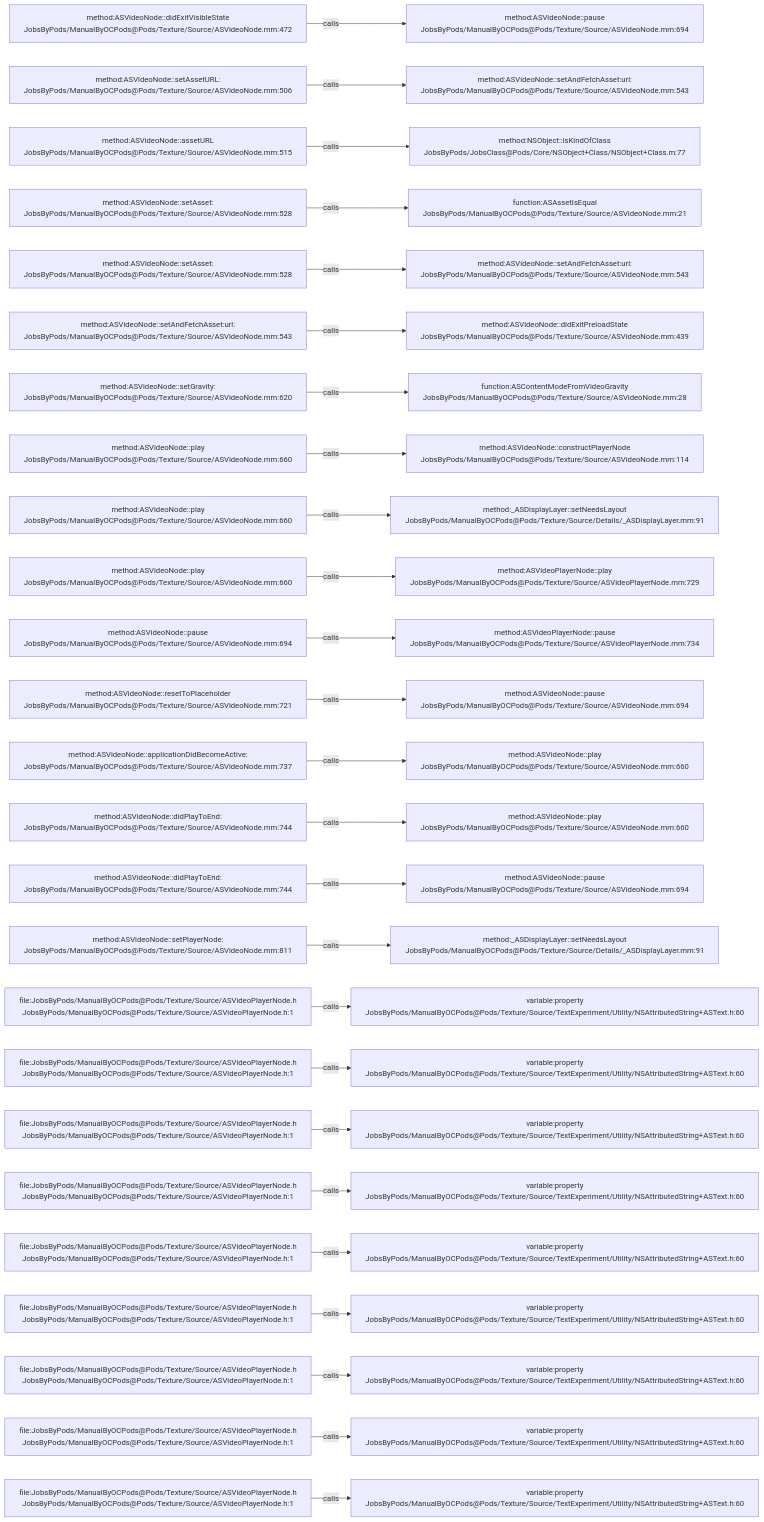
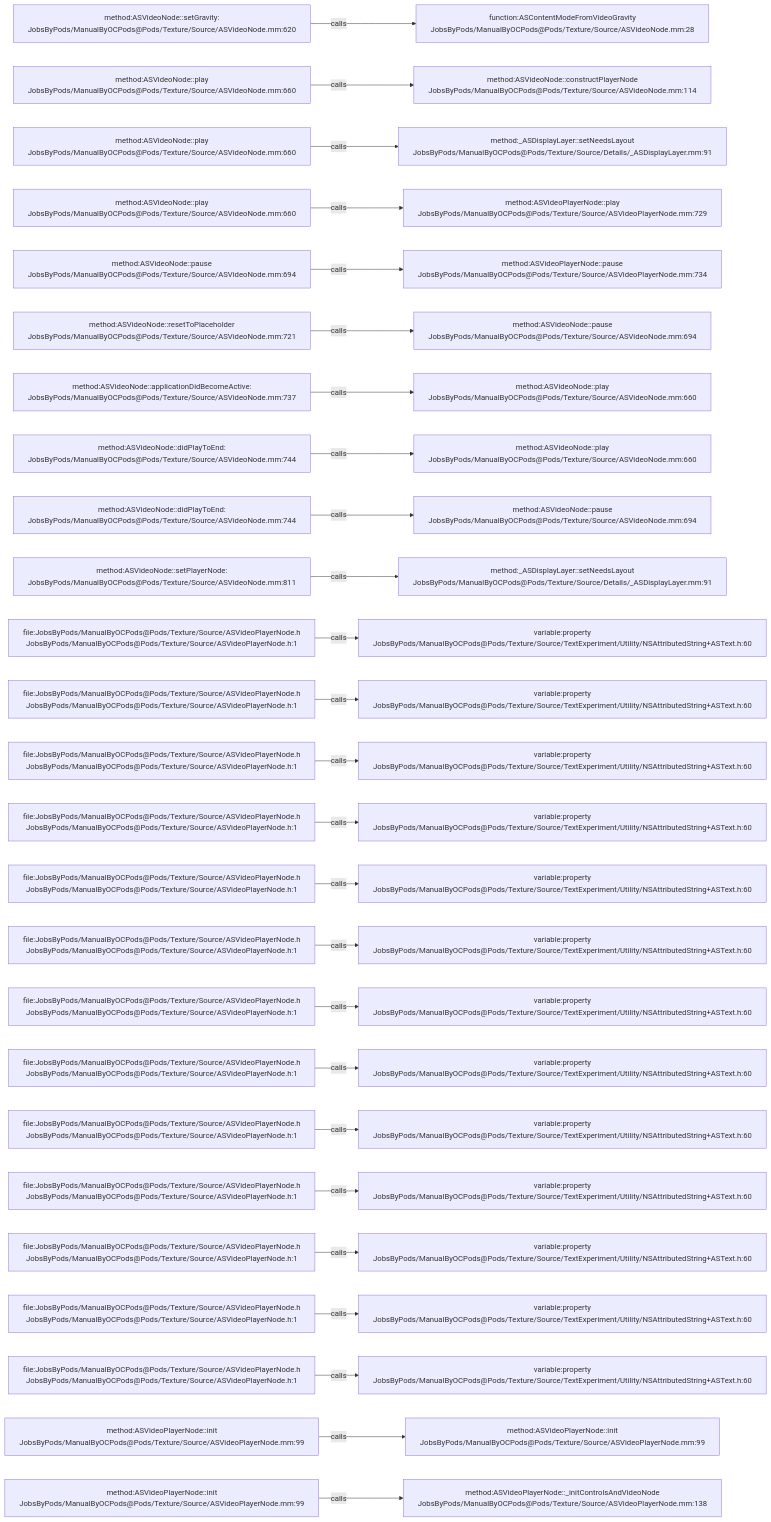
One commit to JobsKits/JobsOCBaseConfigDemo changed the diagram in .codegraph/codegraph.md/graphs/calls-136.md. Above: the diagram before and after it, drawn with Mermaid. The commit also changed 666 other files, not shown here.

````diff
--- a/.codegraph/codegraph.md/graphs/calls-136.md
+++ b/.codegraph/codegraph.md/graphs/calls-136.md
@@ -13,78 +13,78 @@
 ```mermaid
 flowchart LR
-  S1["method:ASVideoNode::didExitVisibleState<br/>JobsByPods/ManualByOCPods@Pods/Texture/Source/ASVideoNode.mm:472"]
-  T1["method:ASVideoNode::pause<br/>JobsByPods/ManualByOCPods@Pods/Texture/Source/ASVideoNode.mm:694"]
+  S1["method:ASVideoNode::setGravity:<br/>JobsByPods/ManualByOCPods@Pods/Texture/Source/ASVideoNode.mm:620"]
+  T1["function:ASContentModeFromVideoGravity<br/>JobsByPods/ManualByOCPods@Pods/Texture/Source/ASVideoNode.mm:28"]
   S1 -->|calls| T1
-  S2["method:ASVideoNode::setAssetURL:<br/>JobsByPods/ManualByOCPods@Pods/Texture/Source/ASVideoNode.mm:506"]
-  T2["method:ASVideoNode::setAndFetchAsset:url:<br/>JobsByPods/ManualByOCPods@Pods/Texture/Source/ASVideoNode.mm:543"]
+  S2["method:ASVideoNode::play<br/>JobsByPods/ManualByOCPods@Pods/Texture/Source/ASVideoNode.mm:660"]
+  T2["method:ASVideoNode::constructPlayerNode<br/>JobsByPods/ManualByOCPods@Pods/Texture/Source/ASVideoNode.mm:114"]
   S2 -->|calls| T2
-  S3["method:ASVideoNode::assetURL<br/>JobsByPods/ManualByOCPods@Pods/Texture/Source/ASVideoNode.mm:515"]
-  T3["method:NSObject::isKindOfClass<br/>JobsByPods/JobsClass@Pods/Core/NSObject+Class/NSObject+Class.m:77"]
+  S3["method:ASVideoNode::play<br/>JobsByPods/ManualByOCPods@Pods/Texture/Source/ASVideoNode.mm:660"]
+  T3["method:_ASDisplayLayer::setNeedsLayout<br/>JobsByPods/ManualByOCPods@Pods/Texture/Source/Details/_ASDisplayLayer.mm:91"]
   S3 -->|calls| T3
-  S4["method:ASVideoNode::setAsset:<br/>JobsByPods/ManualByOCPods@Pods/Texture/Source/ASVideoNode.mm:528"]
-  T4["function:ASAssetIsEqual<br/>JobsByPods/ManualByOCPods@Pods/Texture/Source/ASVideoNode.mm:21"]
+  S4["method:ASVideoNode::play<br/>JobsByPods/ManualByOCPods@Pods/Texture/Source/ASVideoNode.mm:660"]
+  T4["method:ASVideoPlayerNode::play<br/>JobsByPods/ManualByOCPods@Pods/Texture/Source/ASVideoPlayerNode.mm:729"]
   S4 -->|calls| T4
-  S5["method:ASVideoNode::setAsset:<br/>JobsByPods/ManualByOCPods@Pods/Texture/Source/ASVideoNode.mm:528"]
-  T5["method:ASVideoNode::setAndFetchAsset:url:<br/>JobsByPods/ManualByOCPods@Pods/Texture/Source/ASVideoNode.mm:543"]
+  S5["method:ASVideoNode::pause<br/>JobsByPods/ManualByOCPods@Pods/Texture/Source/ASVideoNode.mm:694"]
+  T5["method:ASVideoPlayerNode::pause<br/>JobsByPods/ManualByOCPods@Pods/Texture/Source/ASVideoPlayerNode.mm:734"]
   S5 -->|calls| T5
-  S6["method:ASVideoNode::setAndFetchAsset:url:<br/>JobsByPods/ManualByOCPods@Pods/Texture/Source/ASVideoNode.mm:543"]
-  T6["method:ASVideoNode::didExitPreloadState<br/>JobsByPods/ManualByOCPods@Pods/Texture/Source/ASVideoNode.mm:439"]
+  S6["method:ASVideoNode::resetToPlaceholder<br/>JobsByPods/ManualByOCPods@Pods/Texture/Source/ASVideoNode.mm:721"]
+  T6["method:ASVideoNode::pause<br/>JobsByPods/ManualByOCPods@Pods/Texture/Source/ASVideoNode.mm:694"]
   S6 -->|calls| T6
-  S7["method:ASVideoNode::setGravity:<br/>JobsByPods/ManualByOCPods@Pods/Texture/Source/ASVideoNode.mm:620"]
-  T7["function:ASContentModeFromVideoGravity<br/>JobsByPods/ManualByOCPods@Pods/Texture/Source/ASVideoNode.mm:28"]
+  S7["method:ASVideoNode::applicationDidBecomeActive:<br/>JobsByPods/ManualByOCPods@Pods/Texture/Source/ASVideoNode.mm:737"]
+  T7["method:ASVideoNode::play<br/>JobsByPods/ManualByOCPods@Pods/Texture/Source/ASVideoNode.mm:660"]
   S7 -->|calls| T7
-  S8["method:ASVideoNode::play<br/>JobsByPods/ManualByOCPods@Pods/Texture/Source/ASVideoNode.mm:660"]
-  T8["method:ASVideoNode::constructPlayerNode<br/>JobsByPods/ManualByOCPods@Pods/Texture/Source/ASVideoNode.mm:114"]
+  S8["method:ASVideoNode::didPlayToEnd:<br/>JobsByPods/ManualByOCPods@Pods/Texture/Source/ASVideoNode.mm:744"]
+  T8["method:ASVideoNode::play<br/>JobsByPods/ManualByOCPods@Pods/Texture/Source/ASVideoNode.mm:660"]
   S8 -->|calls| T8
-  S9["method:ASVideoNode::play<br/>JobsByPods/ManualByOCPods@Pods/Texture/Source/ASVideoNode.mm:660"]
-  T9["method:_ASDisplayLayer::setNeedsLayout<br/>JobsByPods/ManualByOCPods@Pods/Texture/Source/Details/_ASDisplayLayer.mm:91"]
+  S9["method:ASVideoNode::didPlayToEnd:<br/>JobsByPods/ManualByOCPods@Pods/Texture/Source/ASVideoNode.mm:744"]
+  T9["method:ASVideoNode::pause<br/>JobsByPods/ManualByOCPods@Pods/Texture/Source/ASVideoNode.mm:694"]
   S9 -->|calls| T9
-  S10["method:ASVideoNode::play<br/>JobsByPods/ManualByOCPods@Pods/Texture/Source/ASVideoNode.mm:660"]
-  T10["method:ASVideoPlayerNode::play<br/>JobsByPods/ManualByOCPods@Pods/Texture/Source/ASVideoPlayerNode.mm:729"]
+  S10["method:ASVideoNode::setPlayerNode:<br/>JobsByPods/ManualByOCPods@Pods/Texture/Source/ASVideoNode.mm:811"]
+  T10["method:_ASDisplayLayer::setNeedsLayout<br/>JobsByPods/ManualByOCPods@Pods/Texture/Source/Details/_ASDisplayLayer.mm:91"]
   S10 -->|calls| T10
-  S11["method:ASVideoNode::pause<br/>JobsByPods/ManualByOCPods@Pods/Texture/Source/ASVideoNode.mm:694"]
-  T11["method:ASVideoPlayerNode::pause<br/>JobsByPods/ManualByOCPods@Pods/Texture/Source/ASVideoPlayerNode.mm:734"]
+  S11["file:JobsByPods/ManualByOCPods@Pods/Texture/Source/ASVideoPlayerNode.h<br/>JobsByPods/ManualByOCPods@Pods/Texture/Source/ASVideoPlayerNode.h:1"]
+  T11["variable:property<br/>JobsByPods/ManualByOCPods@Pods/Texture/Source/TextExperiment/Utility/NSAttributedString+ASText.h:60"]
   S11 -->|calls| T11
-  S12["method:ASVideoNode::resetToPlaceholder<br/>JobsByPods/ManualByOCPods@Pods/Texture/Source/ASVideoNode.mm:721"]
-  T12["method:ASVideoNode::pause<br/>JobsByPods/ManualByOCPods@Pods/Texture/Source/ASVideoNode.mm:694"]
+  S12["file:JobsByPods/ManualByOCPods@Pods/Texture/Source/ASVideoPlayerNode.h<br/>JobsByPods/ManualByOCPods@Pods/Texture/Source/ASVideoPlayerNode.h:1"]
+  T12["variable:property<br/>JobsByPods/ManualByOCPods@Pods/Texture/Source/TextExperiment/Utility/NSAttributedString+ASText.h:60"]
   S12 -->|calls| T12
-  S13["method:ASVideoNode::applicationDidBecomeActive:<br/>JobsByPods/ManualByOCPods@Pods/Texture/Source/ASVideoNode.mm:737"]
-  T13["method:ASVideoNode::play<br/>JobsByPods/ManualByOCPods@Pods/Texture/Source/ASVideoNode.mm:660"]
+  S13["file:JobsByPods/ManualByOCPods@Pods/Texture/Source/ASVideoPlayerNode.h<br/>JobsByPods/ManualByOCPods@Pods/Texture/Source/ASVideoPlayerNode.h:1"]
+  T13["variable:property<br/>JobsByPods/ManualByOCPods@Pods/Texture/Source/TextExperiment/Utility/NSAttributedString+ASText.h:60"]
   S13 -->|calls| T13
-  S14["method:ASVideoNode::didPlayToEnd:<br/>JobsByPods/ManualByOCPods@Pods/Texture/Source/ASVideoNode.mm:744"]
-  T14["method:ASVideoNode::play<br/>JobsByPods/ManualByOCPods@Pods/Texture/Source/ASVideoNode.mm:660"]
+  S14["file:JobsByPods/ManualByOCPods@Pods/Texture/Source/ASVideoPlayerNode.h<br/>JobsByPods/ManualByOCPods@Pods/Texture/Source/ASVideoPlayerNode.h:1"]
+  T14["variable:property<br/>JobsByPods/ManualByOCPods@Pods/Texture/Source/TextExperiment/Utility/NSAttributedString+ASText.h:60"]
   S14 -->|calls| T14
-  S15["method:ASVideoNode::didPlayToEnd:<br/>JobsByPods/ManualByOCPods@Pods/Texture/Source/ASVideoNode.mm:744"]
-  T15["method:ASVideoNode::pause<br/>JobsByPods/ManualByOCPods@Pods/Texture/Source/ASVideoNode.mm:694"]
+  S15["file:JobsByPods/ManualByOCPods@Pods/Texture/Source/ASVideoPlayerNode.h<br/>JobsByPods/ManualByOCPods@Pods/Texture/Source/ASVideoPlayerNode.h:1"]
+  T15["variable:property<br/>JobsByPods/ManualByOCPods@Pods/Texture/Source/TextExperiment/Utility/NSAttributedString+ASText.h:60"]
   S15 -->|calls| T15
-  S16["method:ASVideoNode::setPlayerNode:<br/>JobsByPods/ManualByOCPods@Pods/Texture/Source/ASVideoNode.mm:811"]
-  T16["method:_ASDisplayLayer::setNeedsLayout<br/>JobsByPods/ManualByOCPods@Pods/Texture/Source/Details/_ASDisplayLayer.mm:91"]
+  S16["file:JobsByPods/ManualByOCPods@Pods/Texture/Source/ASVideoPlayerNode.h<br/>JobsByPods/ManualByOCPods@Pods/Texture/Source/ASVideoPlayerNode.h:1"]
+  T16["variable:property<br/>JobsByPods/ManualByOCPods@Pods/Texture/Source/TextExperiment/Utility/NSAttributedString+ASText.h:60"]
   S16 -->|calls| T16
   S17["file:JobsByPods/ManualByOCPods@Pods/Texture/Source/ASVideoPlayerNode.h<br/>JobsByPods/ManualByOCPods@Pods/Texture/Source/ASVideoPlayerNode.h:1"]
   T17["variable:property<br/>JobsByPods/ManualByOCPods@Pods/Texture/Source/TextExperiment/Utility/NSAttributedString+ASText.h:60"]
   S17 -->|calls| T17
   S18["file:JobsByPods/ManualByOCPods@Pods/Texture/Source/ASVideoPlayerNode.h<br/>JobsByPods/ManualByOCPods@Pods/Texture/Source/ASVideoPlayerNode.h:1"]
   T18["variable:property<br/>JobsByPods/ManualByOCPods@Pods/Texture/Source/TextExperiment/Utility/NSAttributedString+ASText.h:60"]
   S18 -->|calls| T18
   S19["file:JobsByPods/ManualByOCPods@Pods/Texture/Source/ASVideoPlayerNode.h<br/>JobsByPods/ManualByOCPods@Pods/Texture/Source/ASVideoPlayerNode.h:1"]
   T19["variable:property<br/>JobsByPods/ManualByOCPods@Pods/Texture/Source/TextExperiment/Utility/NSAttributedString+ASText.h:60"]
   S19 -->|calls| T19
   S20["file:JobsByPods/ManualByOCPods@Pods/Texture/Source/ASVideoPlayerNode.h<br/>JobsByPods/ManualByOCPods@Pods/Texture/Source/ASVideoPlayerNode.h:1"]
   T20["variable:property<br/>JobsByPods/ManualByOCPods@Pods/Texture/Source/TextExperiment/Utility/NSAttributedString+ASText.h:60"]
   S20 -->|calls| T20
   S21["file:JobsByPods/ManualByOCPods@Pods/Texture/Source/ASVideoPlayerNode.h<br/>JobsByPods/ManualByOCPods@Pods/Texture/Source/ASVideoPlayerNode.h:1"]
   T21["variable:property<br/>JobsByPods/ManualByOCPods@Pods/Texture/Source/TextExperiment/Utility/NSAttributedString+ASText.h:60"]
   S21 -->|calls| T21
   S22["file:JobsByPods/ManualByOCPods@Pods/Texture/Source/ASVideoPlayerNode.h<br/>JobsByPods/ManualByOCPods@Pods/Texture/Source/ASVideoPlayerNode.h:1"]
   T22["variable:property<br/>JobsByPods/ManualByOCPods@Pods/Texture/Source/TextExperiment/Utility/NSAttributedString+ASText.h:60"]
   S22 -->|calls| T22
   S23["file:JobsByPods/ManualByOCPods@Pods/Texture/Source/ASVideoPlayerNode.h<br/>JobsByPods/ManualByOCPods@Pods/Texture/Source/ASVideoPlayerNode.h:1"]
   T23["variable:property<br/>JobsByPods/ManualByOCPods@Pods/Texture/Source/TextExperiment/Utility/NSAttributedString+ASText.h:60"]
   S23 -->|calls| T23
-  S24["file:JobsByPods/ManualByOCPods@Pods/Texture/Source/ASVideoPlayerNode.h<br/>JobsByPods/ManualByOCPods@Pods/Texture/Source/ASVideoPlayerNode.h:1"]
-  T24["variable:property<br/>JobsByPods/ManualByOCPods@Pods/Texture/Source/TextExperiment/Utility/NSAttributedString+ASText.h:60"]
+  S24["method:ASVideoPlayerNode::init<br/>JobsByPods/ManualByOCPods@Pods/Texture/Source/ASVideoPlayerNode.mm:99"]
+  T24["method:ASVideoPlayerNode::init<br/>JobsByPods/ManualByOCPods@Pods/Texture/Source/ASVideoPlayerNode.mm:99"]
   S24 -->|calls| T24
-  S25["file:JobsByPods/ManualByOCPods@Pods/Texture/Source/ASVideoPlayerNode.h<br/>JobsByPods/ManualByOCPods@Pods/Texture/Source/ASVideoPlayerNode.h:1"]
-  T25["variable:property<br/>JobsByPods/ManualByOCPods@Pods/Texture/Source/TextExperiment/Utility/NSAttributedString+ASText.h:60"]
+  S25["method:ASVideoPlayerNode::init<br/>JobsByPods/ManualByOCPods@Pods/Texture/Source/ASVideoPlayerNode.mm:99"]
+  T25["method:ASVideoPlayerNode::_initControlsAndVideoNode<br/>JobsByPods/ManualByOCPods@Pods/Texture/Source/ASVideoPlayerNode.mm:138"]
   S25 -->|calls| T25
 ```
````
